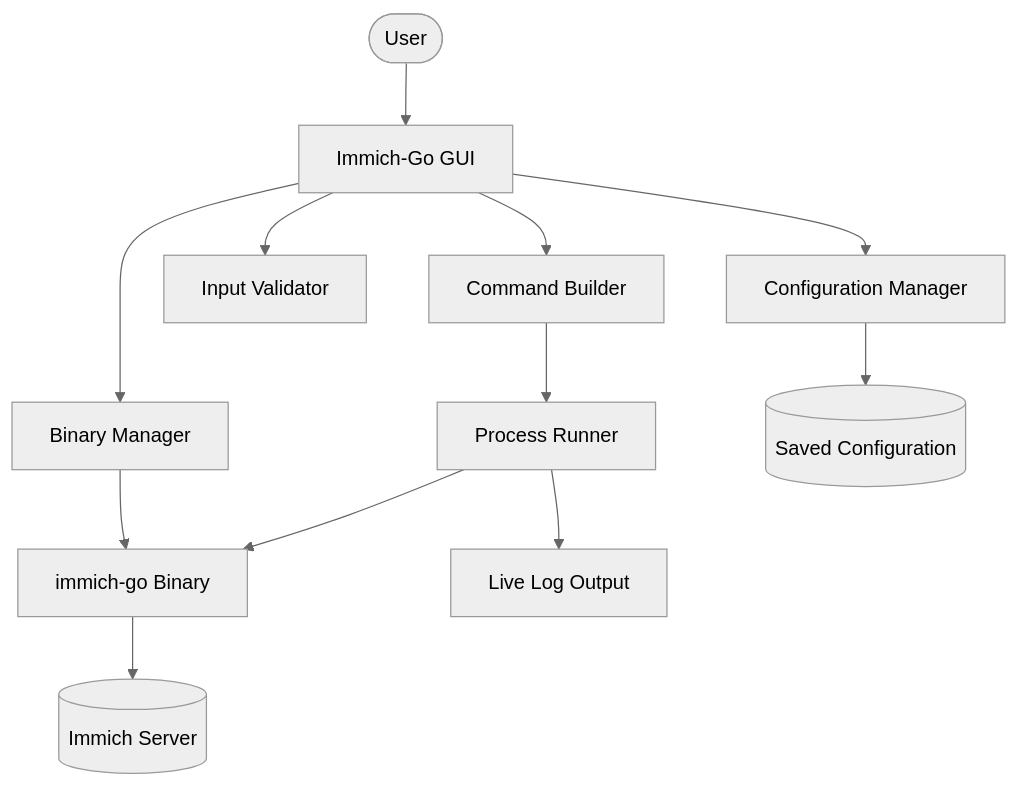
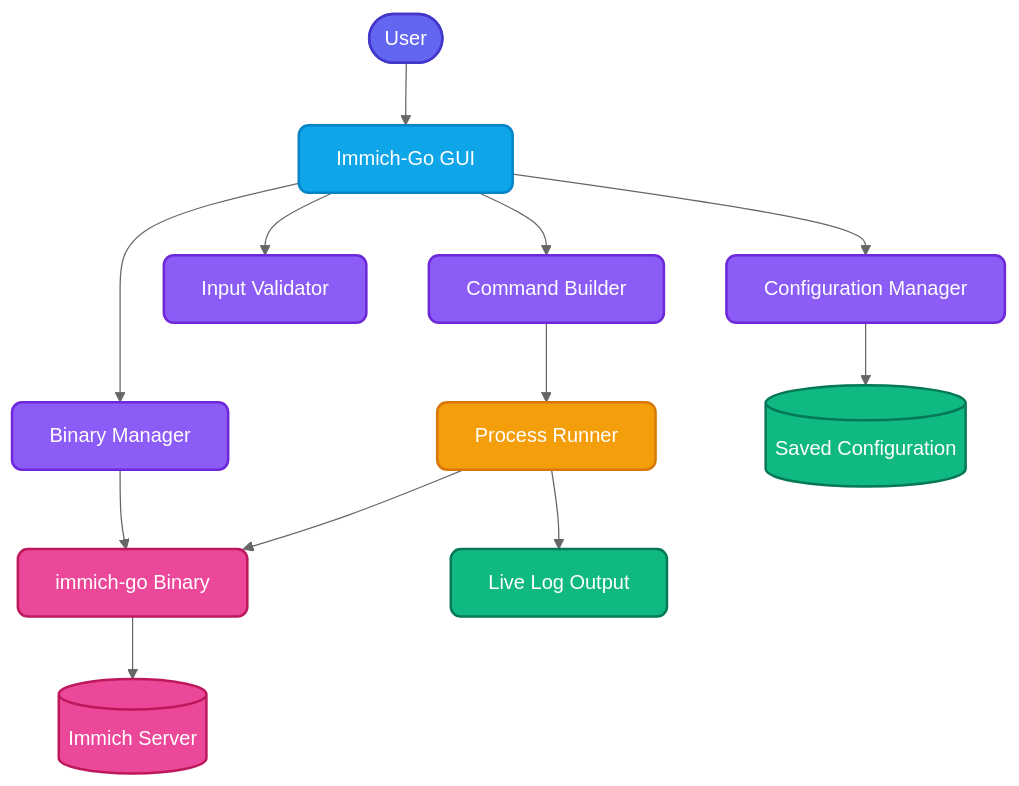
Before and after one commit to shitan198u/immich-go-gui: the diagram in README.md, drawn with Mermaid (neutral theme). The commit also changed 4 other files, not shown here.

Commit message:
docs: add colorful Mermaid styling and reposition architecture diagram below intro

````diff
--- a/README.md
+++ b/README.md
@@ -10,24 +39,33 @@
 ```mermaid
 flowchart TB
+    classDef user fill:#6366f1,stroke:#4338ca,color:#ffffff,stroke-width:2px,rx:10px;
+    classDef gui fill:#0ea5e9,stroke:#0284c7,color:#ffffff,stroke-width:2px,rx:8px;
+    classDef core fill:#8b5cf6,stroke:#6d28d9,color:#ffffff,stroke-width:2px,rx:8px;
+    classDef process fill:#f59e0b,stroke:#d97706,color:#ffffff,stroke-width:2px,rx:8px;
+    classDef external fill:#ec4899,stroke:#be185d,color:#ffffff,stroke-width:2px,rx:8px;
+    classDef storage fill:#10b981,stroke:#047857,color:#ffffff,stroke-width:2px,rx:8px;
 
-    User([User])
+    User([User]):::user
+    GUI[Immich-Go GUI]:::gui
+    Config[Configuration Manager]:::core
+    Validator[Input Validator]:::core
+    Builder[Command Builder]:::core
+    Downloader[Binary Manager]:::core
+    Process[Process Runner]:::process
+    Binary[immich-go Binary]:::external
+    Server[(Immich Server)]:::external
+    Log[Live Log Output]:::storage
+    Settings[(Saved Configuration)]:::storage
 
-    User --> GUI[Immich-Go GUI]
-
-    GUI --> Config[Configuration Manager]
-    GUI --> Validator[Input Validator]
-    GUI --> Builder[Command Builder]
-    GUI --> Downloader[Binary Manager]
-
-    Builder --> Process[Process Runner]
-
-    Downloader --> Binary[immich-go Binary]
-
+    User --> GUI
+    GUI --> Config
+    GUI --> Validator
+    GUI --> Builder
+    GUI --> Downloader
+    Builder --> Process
+    Downloader --> Binary
     Process --> Binary
-
-    Binary --> Server[(Immich Server)]
-
-    Process --> Log[Live Log Output]
-
-    Config --> Settings[(Saved Configuration)]
+    Binary --> Server
+    Process --> Log
+    Config --> Settings
 ```
````
